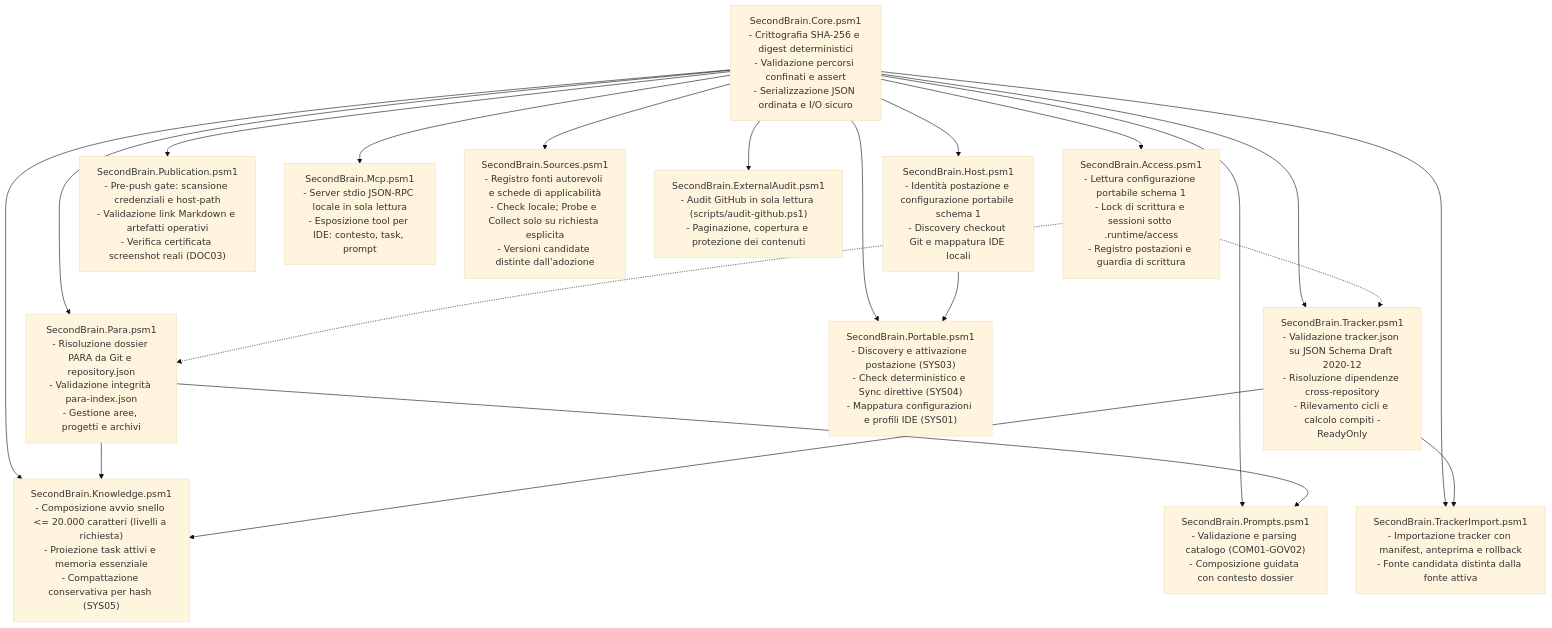
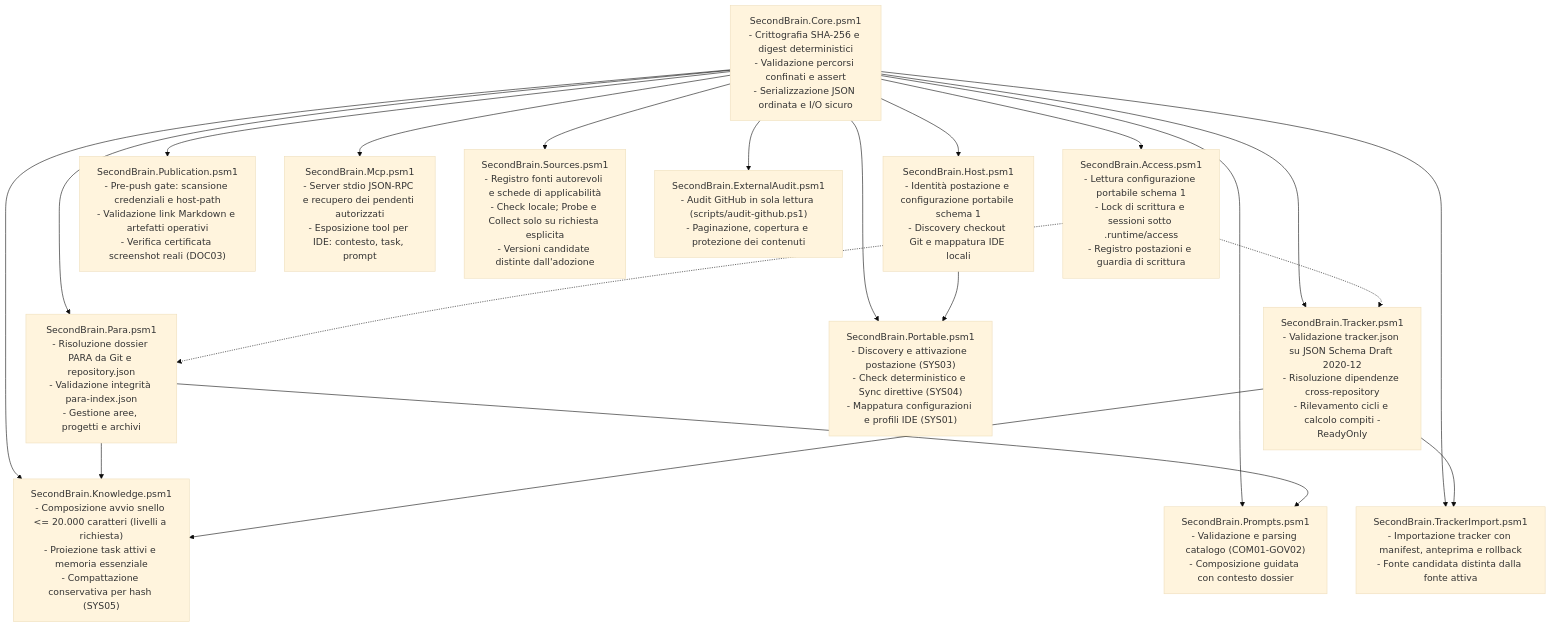
The second of 7 diagrams in docs/riferimento/architecture.md (dennidalpos/secondbrain), drawn with Mermaid (base theme) before and after one commit. The commit also changed 38 other files, not shown here.

````diff
--- a/docs/riferimento/architecture.md
+++ b/docs/riferimento/architecture.md
@@ -43,49 +43,49 @@
 ```mermaid
 flowchart TB
     CORE["SecondBrain.Core.psm1<br/>- Crittografia SHA-256 e digest deterministici<br/>- Validazione percorsi confinati e assert<br/>- Serializzazione JSON ordinata e I/O sicuro"]
 
     ACCESS["SecondBrain.Access.psm1<br/>- Lettura configurazione portabile schema 1<br/>- Lock di scrittura e sessioni sotto .runtime/access<br/>- Registro postazioni e guardia di scrittura"]
 
     HOST["SecondBrain.Host.psm1<br/>- Identità postazione e configurazione portabile schema 1<br/>- Discovery checkout Git e mappatura IDE locali"]
 
     PARA["SecondBrain.Para.psm1<br/>- Risoluzione dossier PARA da Git e repository.json<br/>- Validazione integrità para-index.json<br/>- Gestione aree, progetti e archivi"]
 
     TRACKER["SecondBrain.Tracker.psm1<br/>- Validazione tracker.json su JSON Schema Draft 2020-12<br/>- Risoluzione dipendenze cross-repository<br/>- Rilevamento cicli e calcolo compiti -ReadyOnly"]
 
     KNOWLEDGE["SecondBrain.Knowledge.psm1<br/>- Composizione avvio snello <= 20.000 caratteri (livelli a richiesta)<br/>- Proiezione task attivi e memoria essenziale<br/>- Compattazione conservativa per hash (SYS05)"]
 
     PORTABLE["SecondBrain.Portable.psm1<br/>- Discovery e attivazione postazione (SYS03)<br/>- Check deterministico e Sync direttive (SYS04)<br/>- Mappatura configurazioni e profili IDE (SYS01)"]
 
     PROMPTS["SecondBrain.Prompts.psm1<br/>- Validazione e parsing catalogo (COM01-GOV02)<br/>- Composizione guidata con contesto dossier"]
 
     PUBLICATION["SecondBrain.Publication.psm1<br/>- Pre-push gate: scansione credenziali e host-path<br/>- Validazione link Markdown e artefatti operativi<br/>- Verifica certificata screenshot reali (DOC03)"]
 
-    MCP["SecondBrain.Mcp.psm1<br/>- Server stdio JSON-RPC locale in sola lettura<br/>- Esposizione tool per IDE: contesto, task, prompt"]
+    MCP["SecondBrain.Mcp.psm1<br/>- Server stdio JSON-RPC e recupero dei pendenti autorizzati<br/>- Esposizione tool per IDE: contesto, task, prompt"]
 
     SOURCES["SecondBrain.Sources.psm1<br/>- Registro fonti autorevoli e schede di applicabilità<br/>- Check locale; Probe e Collect solo su richiesta esplicita<br/>- Versioni candidate distinte dall'adozione"]
 
     EXTAUDIT["SecondBrain.ExternalAudit.psm1<br/>- Audit GitHub in sola lettura (scripts/audit-github.ps1)<br/>- Paginazione, copertura e protezione dei contenuti"]
 
     TRACKERIMP["SecondBrain.TrackerImport.psm1<br/>- Importazione tracker con manifest, anteprima e rollback<br/>- Fonte candidata distinta dalla fonte attiva"]
 
     CORE --> ACCESS
     CORE --> HOST
     CORE --> PARA
     CORE --> TRACKER
     CORE --> KNOWLEDGE
     CORE --> PORTABLE
     CORE --> PROMPTS
     CORE --> PUBLICATION
     CORE --> MCP
     CORE --> SOURCES
     CORE --> EXTAUDIT
     CORE --> TRACKERIMP
 
     ACCESS -.-> PARA
     ACCESS -.-> TRACKER
     PARA --> KNOWLEDGE
     TRACKER --> KNOWLEDGE
     TRACKER --> TRACKERIMP
     HOST --> PORTABLE
     PARA --> PROMPTS
 ```
````
